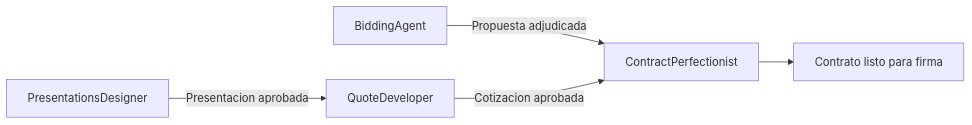
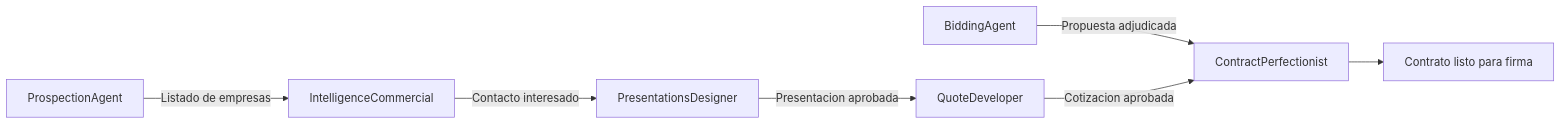
The diagram in README.md (GustavoAdolfoNavarroPacheco/FullService-Agents), drawn with Mermaid before and after one commit. The commit also changed other lines of this file, not shown here.

````diff
--- a/README.md
+++ b/README.md
@@ -151,7 +190,9 @@
 ```mermaid
 graph LR
-    A["PresentationsDesigner"] -->|Presentacion aprobada| B["QuoteDeveloper"]
+    P["ProspectionAgent"] -->|Listado de empresas| I["IntelligenceCommercial"]
+    I -->|Contacto interesado| A["PresentationsDesigner"]
+    A -->|Presentacion aprobada| B["QuoteDeveloper"]
     L["BiddingAgent"] -->|Propuesta adjudicada| C["ContractPerfectionist"]
     B -->|Cotizacion aprobada| C["ContractPerfectionist"]
     C --> D["Contrato listo para firma"]
 ```
````
